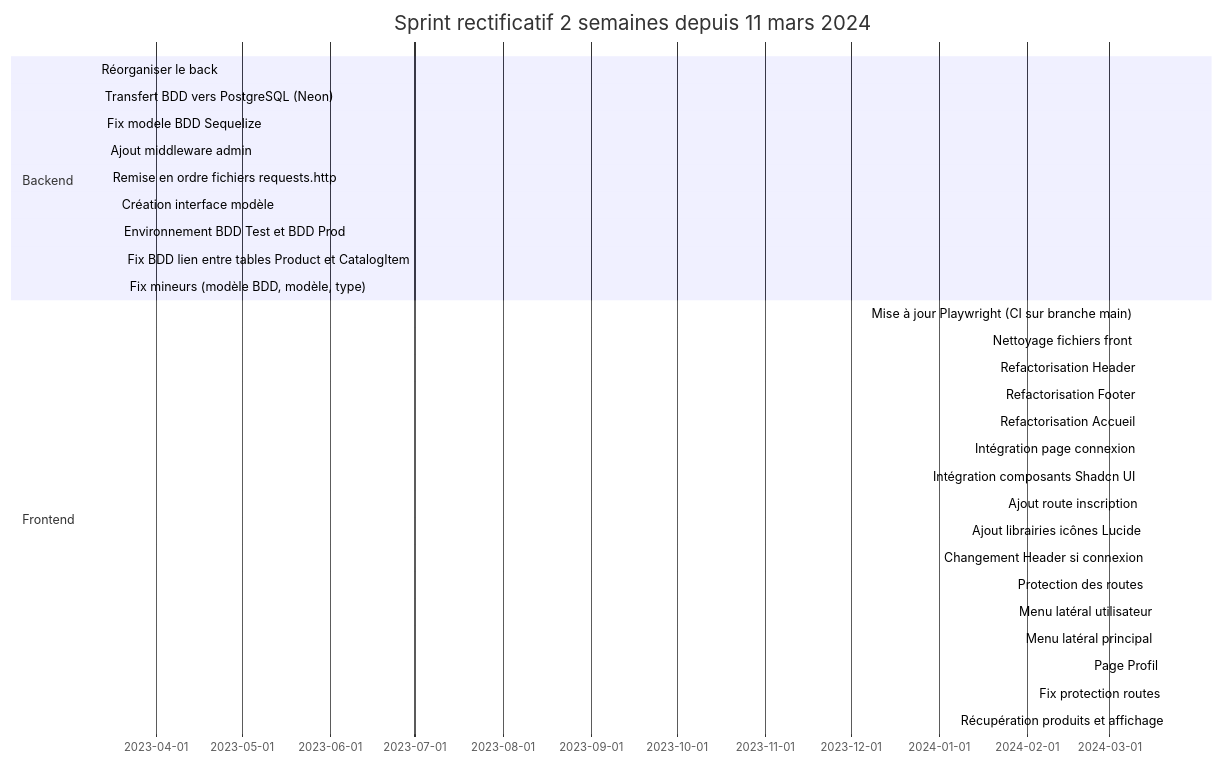
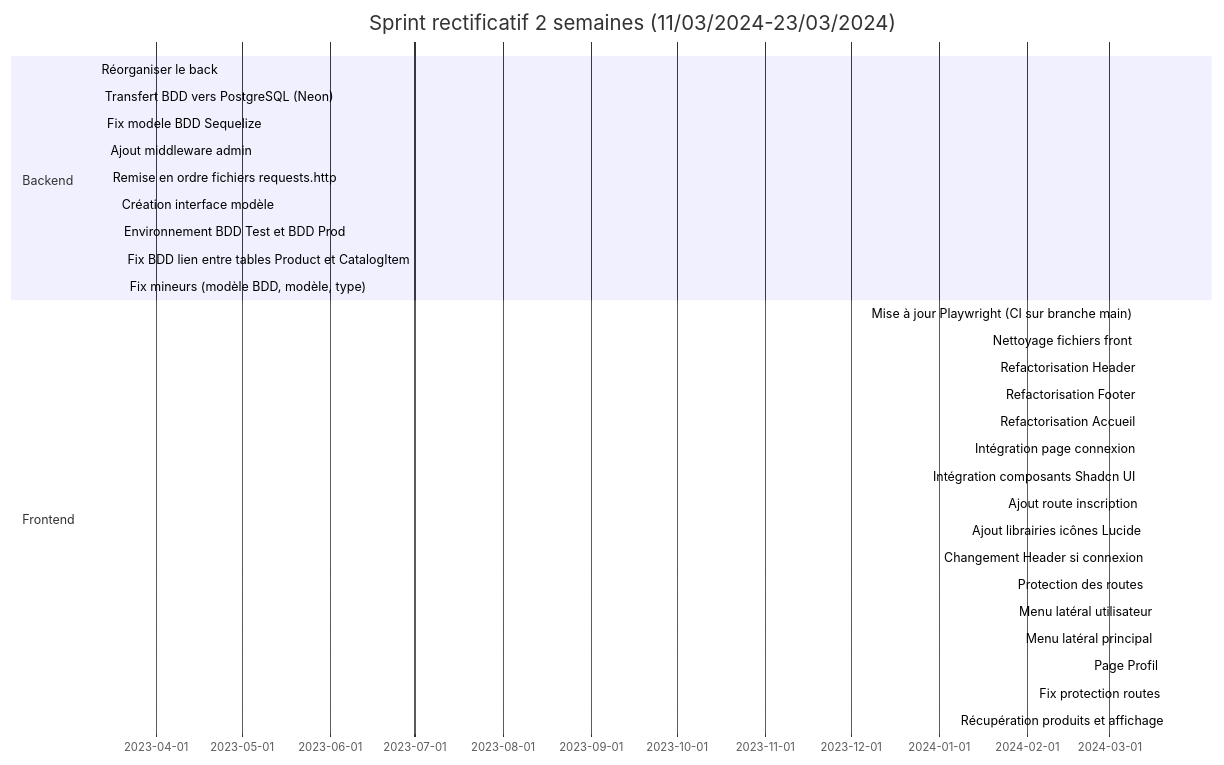
Before and after one commit to nat730/Chef-Doeuvre-doc: the second of 2 diagrams in sprint_11-03.md, drawn with Mermaid. The commit also changed other lines of this file, not shown here.

Commit message:
sprint reviem 11-03

````diff
--- a/sprint_11-03.md
+++ b/sprint_11-03.md
@@ -29,34 +31,34 @@
 ```mermaid
 gantt
-    title Sprint rectificatif 2 semaines depuis 11 mars 2024
+    title Sprint rectificatif 2 semaines (11/03/2024-23/03/2024)
     dateFormat YYYY-MM-DD
 
     section Backend
     Réorganiser le back: 2023-03-11,
     Transfert BDD vers PostgreSQL (Neon) : 2023-03-12,
     Fix modele BDD Sequelize : 2023-03-13,
     Ajout middleware admin : 2023-03-14,
     Remise en ordre fichiers requests.http : 2023-03-15,
     Création interface modèle : 2023-03-18,
     Environnement BDD Test et BDD Prod : 2023-03-19,
     Fix BDD lien entre tables Product et CatalogItem : 2023-03-20,
     Fix mineurs (modèle BDD, modèle, type) : 2023-03-21,
 
     section Frontend
     Mise à jour Playwright (CI sur branche main): 2024-03-11,
     Nettoyage fichiers front : 2024-03-11,
     Refactorisation Header : 2024-03-12,
     Refactorisation Footer : 2024-03-12,
     Refactorisation Accueil : 2024-03-12,
     Intégration page connexion : 2024-03-12,
     Intégration composants Shadcn UI: 2024-03-12,
     Ajout route inscription : 2024-03-13,
     Ajout librairies icônes Lucide : 2024-03-14,
     Changement Header si connexion : 2024-03-15,
     Protection des routes : 2024-03-15,
     Menu latéral utilisateur : 2024-03-18,
     Menu latéral principal : 2024-03-18,
     Page Profil : 2024-03-20,
     Fix protection routes : 2024-03-21,
     Récupération produits et affichage : 2024-03-22,
 ```
````
